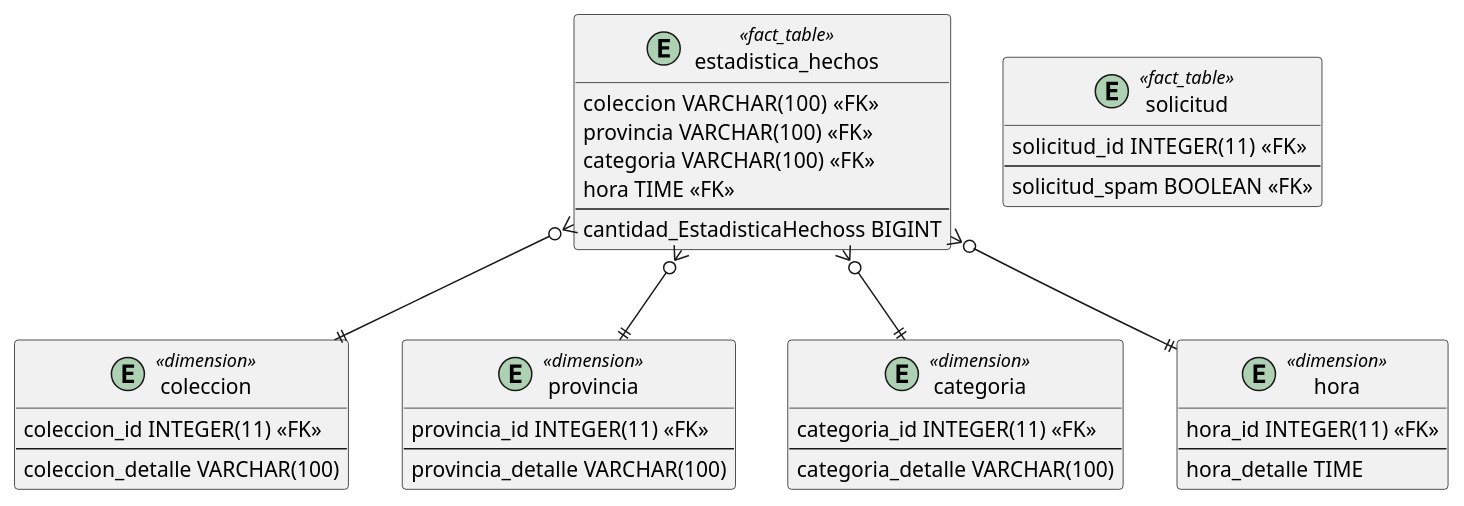
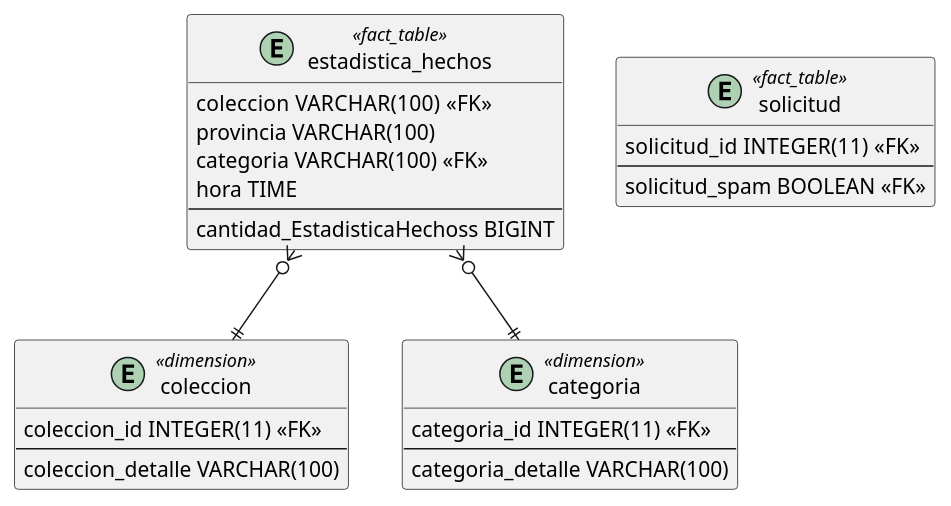
The diagram in servicioEstadisticas/public/DER_BI.puml (BrunoRodriguezzz/tp-dsi), drawn with PlantUML before and after one commit. The commit also changed 8 other files, not shown here.

```diff
--- a/servicioEstadisticas/public/DER_BI.puml
+++ b/servicioEstadisticas/public/DER_BI.puml
@@ -1,49 +1,34 @@
 @startuml
 
 entity estadistica_hechos <<fact_table>> {
     coleccion VARCHAR(100)  <<FK>>
-    provincia VARCHAR(100) <<FK>>
+    provincia VARCHAR(100)
     categoria VARCHAR(100) <<FK>>
-    hora TIME <<FK>>
+    hora TIME
     --
     cantidad_EstadisticaHechoss BIGINT
 }
 
 entity coleccion <<dimension>> {
     coleccion_id INTEGER(11) <<FK>>
     --
     coleccion_detalle VARCHAR(100)
 }
 
-entity provincia <<dimension>> {
-    provincia_id INTEGER(11) <<FK>>
-    --
-    provincia_detalle VARCHAR(100)
-}
-
 entity categoria <<dimension>> {
     categoria_id INTEGER(11) <<FK>>
     --
     categoria_detalle VARCHAR(100)
-}
-
-entity hora <<dimension>> {
-    hora_id INTEGER(11) <<FK>>
-    --
-    hora_detalle TIME
 }
 
 entity solicitud<<fact_table>> {
     solicitud_id INTEGER(11)  <<FK>>
     --
     solicitud_spam BOOLEAN <<FK>>
 }
 
 estadistica_hechos }o--|| coleccion
-estadistica_hechos }o--|| provincia
 estadistica_hechos }o--|| categoria
-estadistica_hechos }o--|| hora
-
 
 
 @enduml
```
